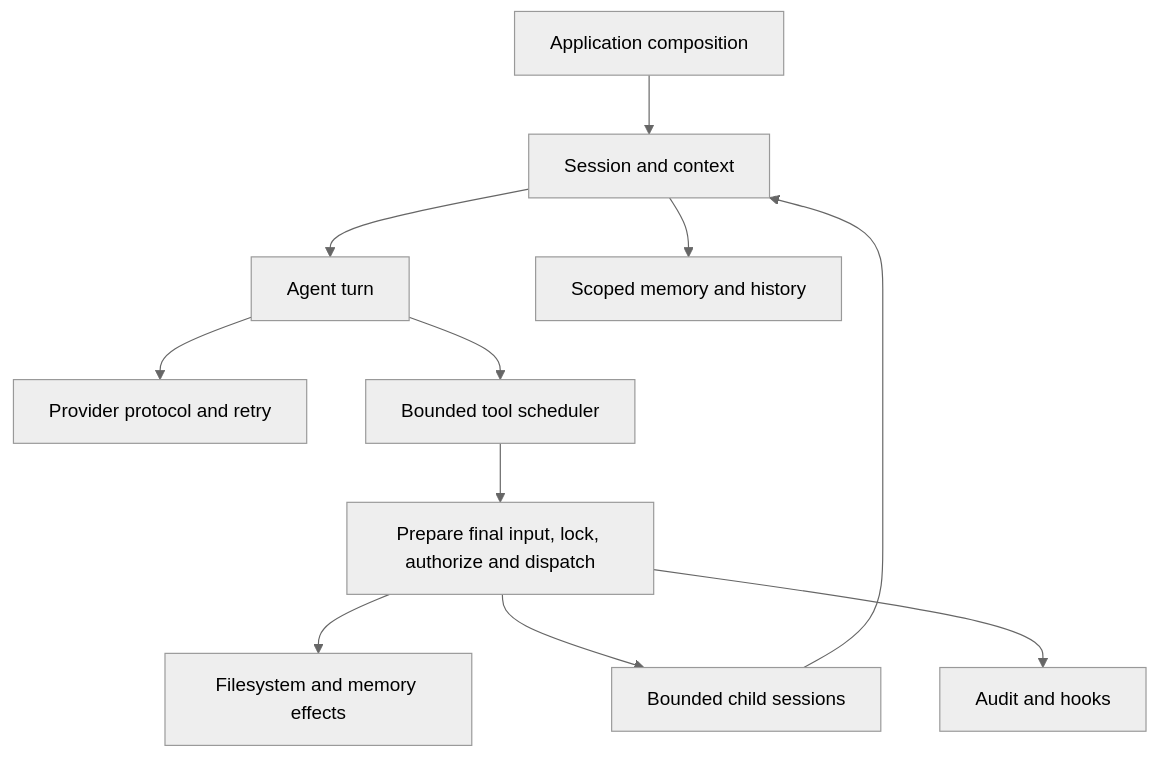
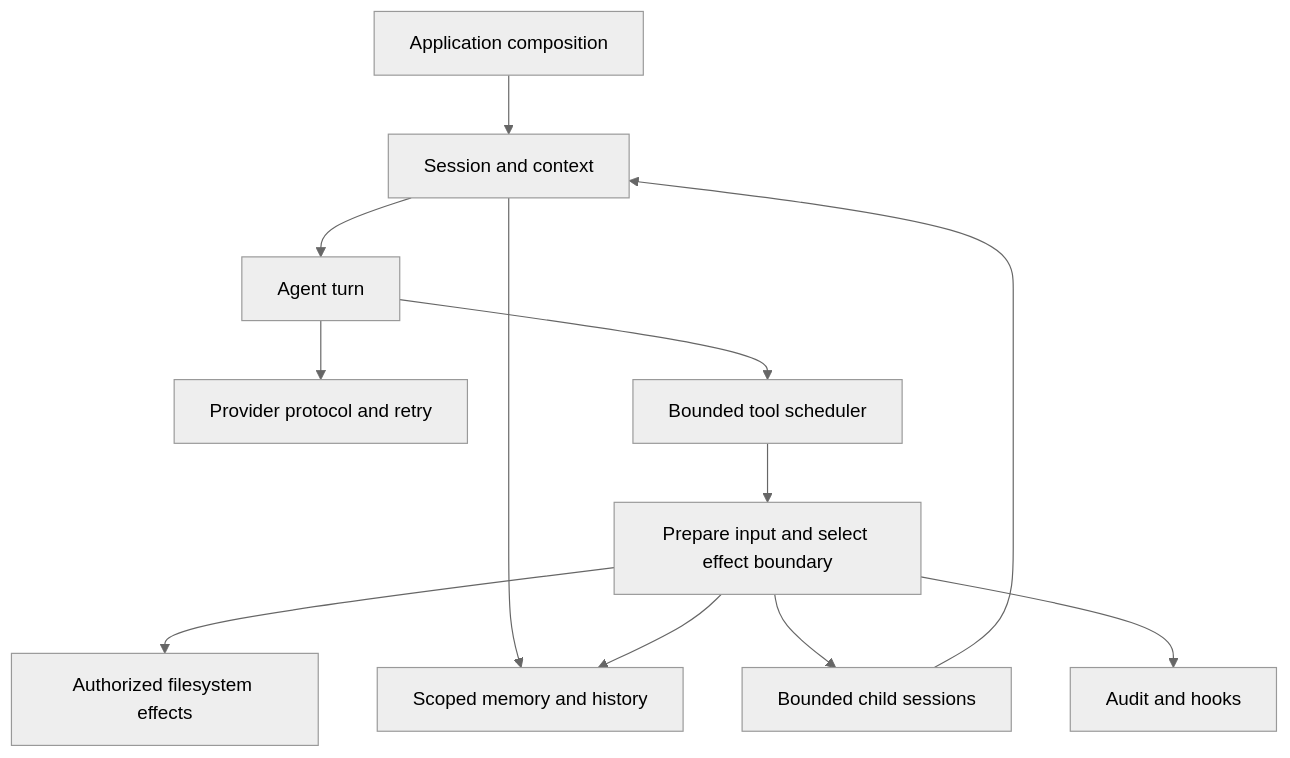
Before and after one commit to huxint/orangutan-agent: the diagram in docs/ARCHITECTURE.md, drawn with Mermaid (neutral theme). The commit also changed other lines of this file and 63 other files, not shown here.

````diff
--- a/docs/ARCHITECTURE.md
+++ b/docs/ARCHITECTURE.md
@@ -25,13 +25,14 @@
 ```mermaid
 flowchart TD
   app[Application composition] --> session[Session and context]
   session --> loop[Agent turn]
   session --> memory[Scoped memory and history]
   loop --> provider[Provider protocol and retry]
   loop --> scheduler[Bounded tool scheduler]
-  scheduler --> dispatch[Prepare final input, lock, authorize and dispatch]
-  dispatch --> effects[Filesystem and memory effects]
+  scheduler --> dispatch[Prepare input and select effect boundary]
+  dispatch --> effects[Authorized filesystem effects]
+  dispatch --> memory
   dispatch --> children[Bounded child sessions]
   children --> session
   dispatch --> audit[Audit and hooks]
 ```
````
